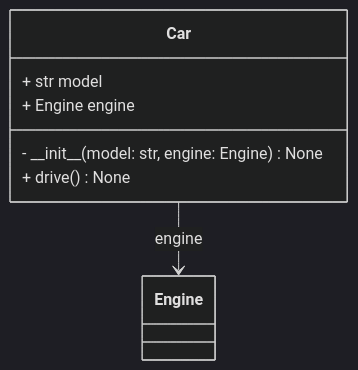
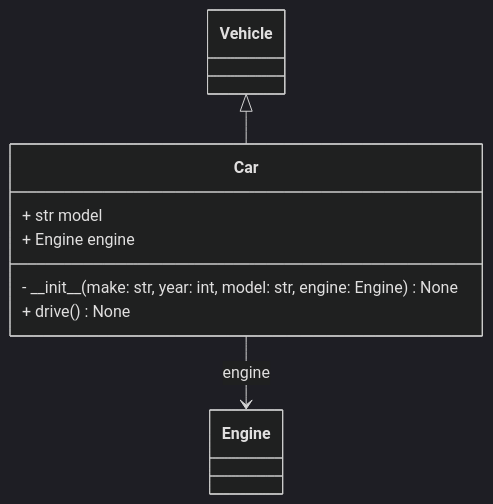
Before and after one commit to FabianGnatzig/MermaidGenerator: the seventh of 7 diagrams in examples/class_diagrams.md, drawn with Mermaid (dark theme). The commit also changed other lines of this file and 1 other file, not shown here.

````diff
--- a/examples/class_diagrams.md
+++ b/examples/class_diagrams.md
@@ -71,10 +90,11 @@
 ```mermaid
 classDiagram
+Vehicle <|-- Car
 Car --> Engine : engine
     class Car {
 + str model
 + Engine engine
-- \_\_init\_\_(model: str, engine: Engine) None
+- \_\_init\_\_(make: str, year: int, model: str, engine: Engine) None
 + drive() None
 }
 ```
````
